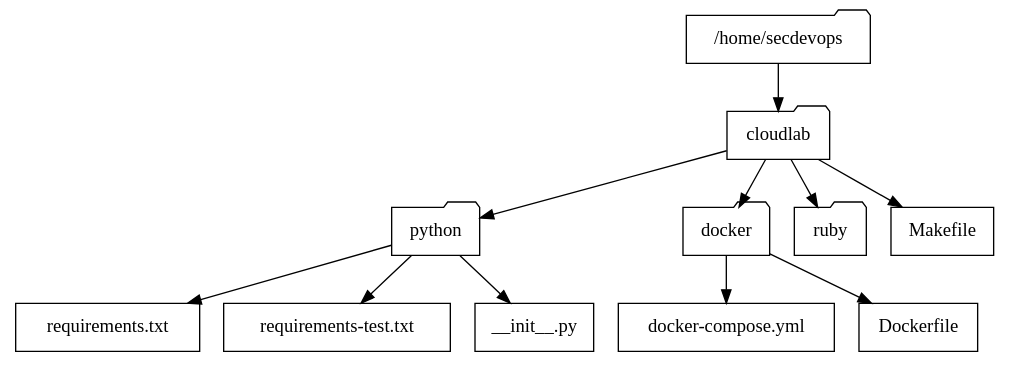
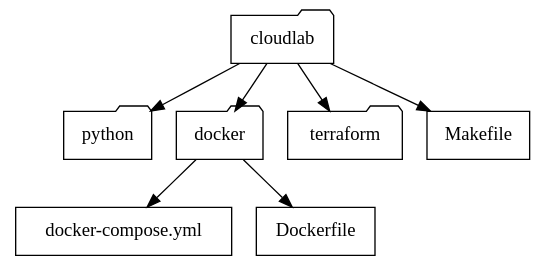
The diagram in docs/_source/makefiles.rst (ajcborges/devsecops-tactical-workbook), drawn with Graphviz before and after one commit. The commit also changed other lines of this file and 17 other files, not shown here.

```diff
--- a/docs/_source/makefiles.rst
+++ b/docs/_source/makefiles.rst
@@ -120,27 +137,20 @@
 .. graphviz::
    :caption: Project Directory
    :align: center
 
    digraph folders {
-      "/home/secdevops" [shape=folder];
       "cloudlab" [shape=folder];
       "python" [shape=folder];
       "docker" [shape=folder];
-      "ruby" [shape=folder];
+      "terraform" [shape=folder];
       "Makefile" [shape=rect];
-      "requirements.txt" [shape=rectangle];
-      "requirements-test.txt" [shape=rectangle];
-      "__init__.py" [shape=rectangle];
       "docker-compose.yml" [shape=rect];
       "Dockerfile" [shape=rect];
-      "/home/secdevops" -> "cloudlab";
+
       "cloudlab" -> "python";
-      "python" -> "__init__.py";
-      "python" -> "requirements.txt";
-      "python" -> "requirements-test.txt";
-      "cloudlab" -> "ruby";
+      "cloudlab" -> "terraform";
       "cloudlab" -> "docker";
       "cloudlab" -> "Makefile";
       "docker" -> "Dockerfile";
       "docker" -> "docker-compose.yml";
    }
```
